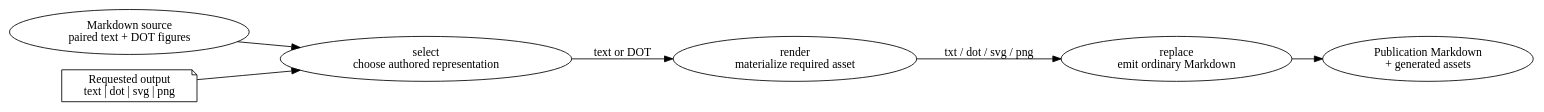
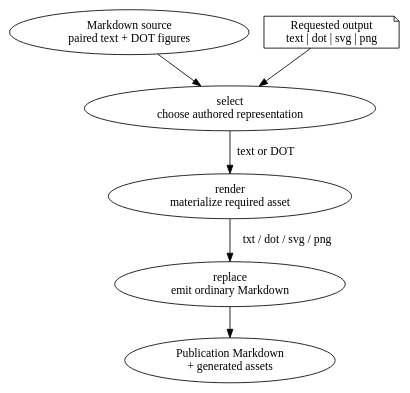
One commit to wesley-dean/examples changed the diagram in DOT/figurectl.dot. Above: the diagram before and after it, drawn with Graphviz. The commit also changed 2 other files, not shown here.

Commit message:
Add figurectl diagrams

```diff
--- a/DOT/figurectl.dot
+++ b/DOT/figurectl.dot
@@ -1,41 +1,41 @@
 digraph figurectl_processing_model {
-    rankdir=LR;
+    rankdir=TB;
 
     source [
         label="Markdown source\npaired text + DOT figures"
     ];
 
     requested [
         label="Requested output\ntext | dot | svg | png",
         shape=note
     ];
 
     select [
         label="select\nchoose authored representation"
     ];
 
     render [
         label="render\nmaterialize required asset"
     ];
 
     replace [
         label="replace\nemit ordinary Markdown"
     ];
 
     output [
         label="Publication Markdown\n+ generated assets"
     ];
 
     source -> select;
     requested -> select;
 
     select -> render [
         label="text or DOT"
     ];
 
     render -> replace [
         label="txt / dot / svg / png"
     ];
 
     replace -> output;
 }
```
